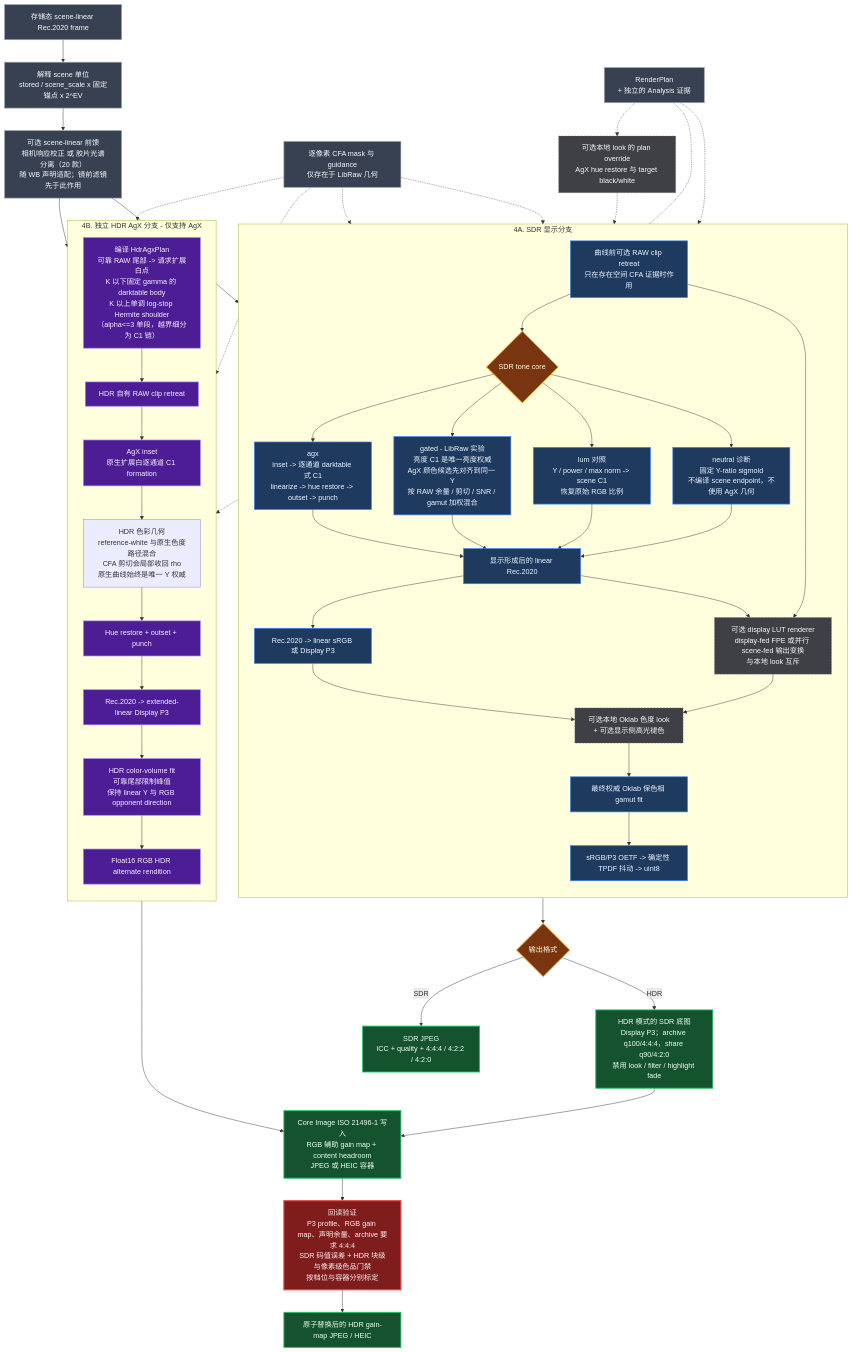
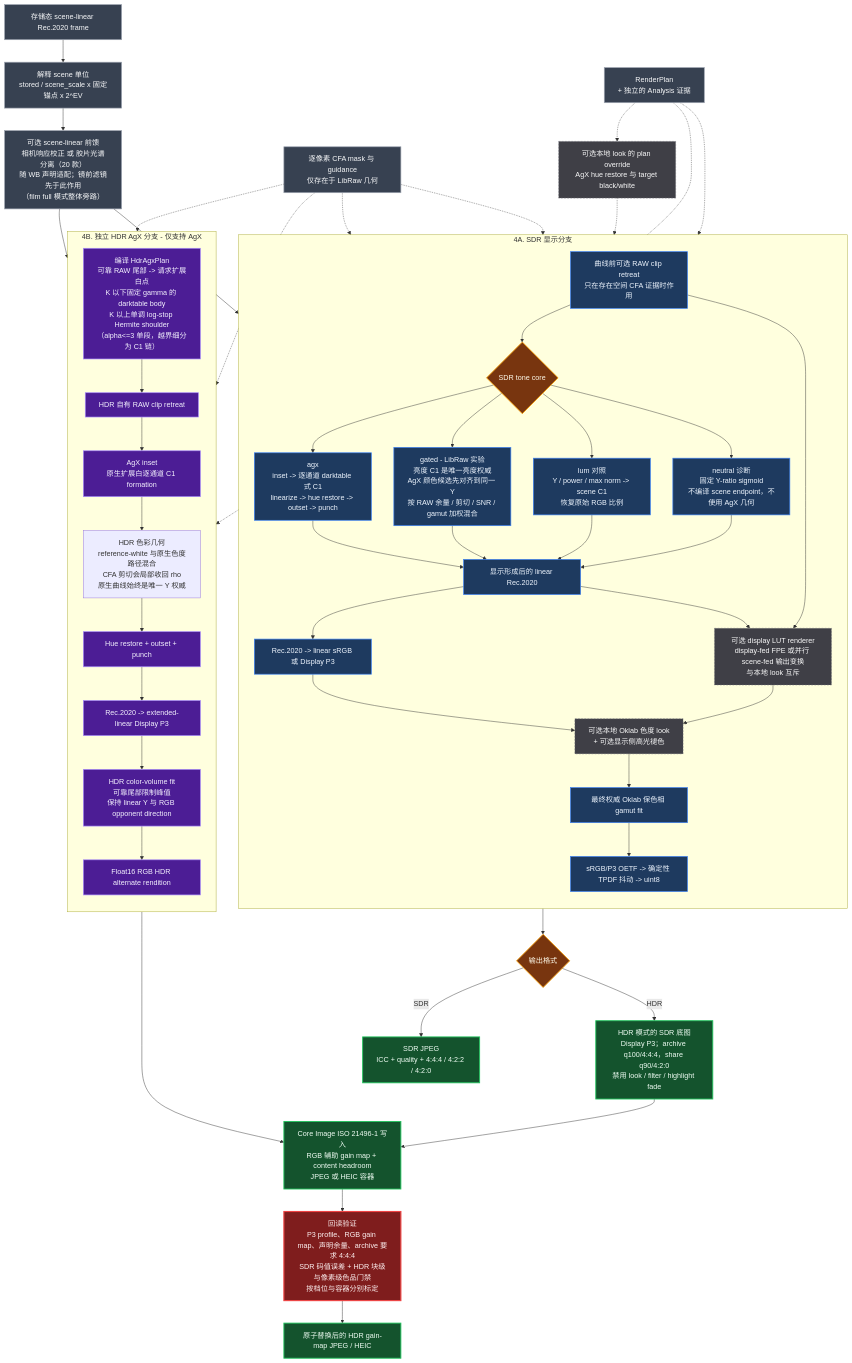
One commit to Gen-416/AgXRAW changed the second of 3 diagrams in docs/ARCHITECTURE.zh-CN.md. Above: the diagram before and after it, drawn with Mermaid. The commit also changed other lines of this file and 35 other files, not shown here.

```diff
--- a/docs/ARCHITECTURE.zh-CN.md
+++ b/docs/ARCHITECTURE.zh-CN.md
@@ -182,7 +182,7 @@
 flowchart TB
     SCENE["存储态 scene-linear Rec.2020 frame"]
     SCALE["解释 scene 单位<br/>stored / scene_scale x 固定锚点 x 2^EV"]
-    PREFEED["可选 scene-linear 前馈<br/>相机响应校正 或 胶片光谱分离（20 款）<br/>随 WB 声明适配；镜前滤镜先于此作用"]
+    PREFEED["可选 scene-linear 前馈<br/>相机响应校正 或 胶片光谱分离（20 款）<br/>随 WB 声明适配；镜前滤镜先于此作用<br/>（film full 模式整体旁路）"]
     PLAN["RenderPlan<br/>+ 独立的 Analysis 证据"]
     MASKS["逐像素 CFA mask 与 guidance<br/>仅存在于 LibRaw 几何"]
     LOOKPOLICY["可选本地 look 的 plan override<br/>AgX hue restore 与 target black/white"]
```
